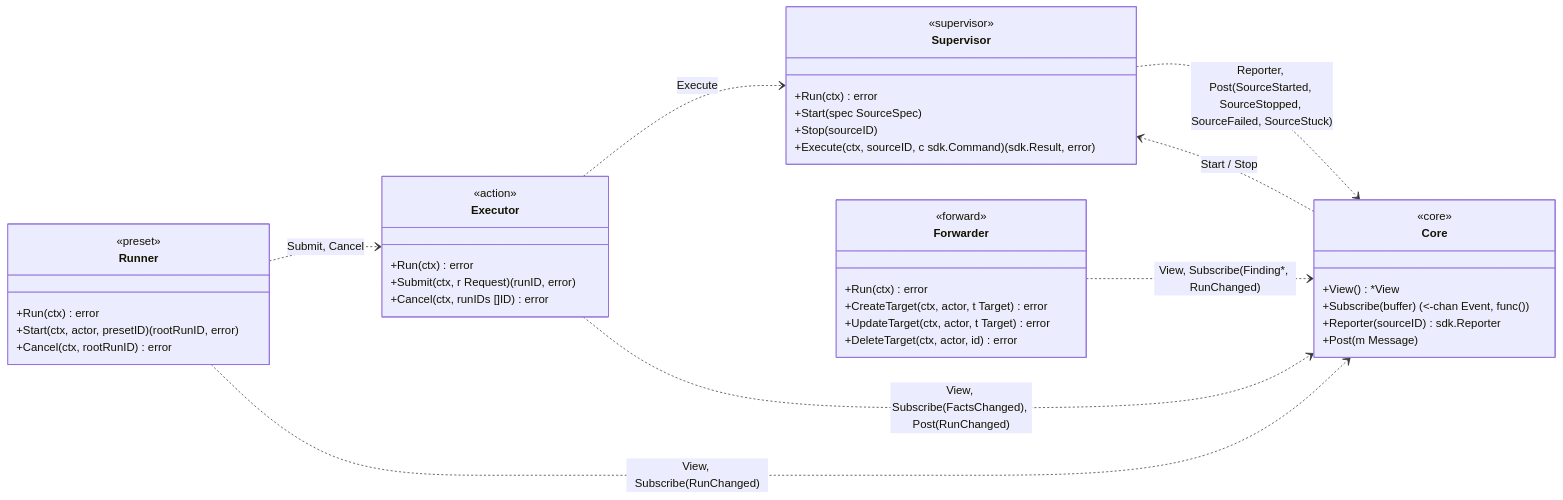
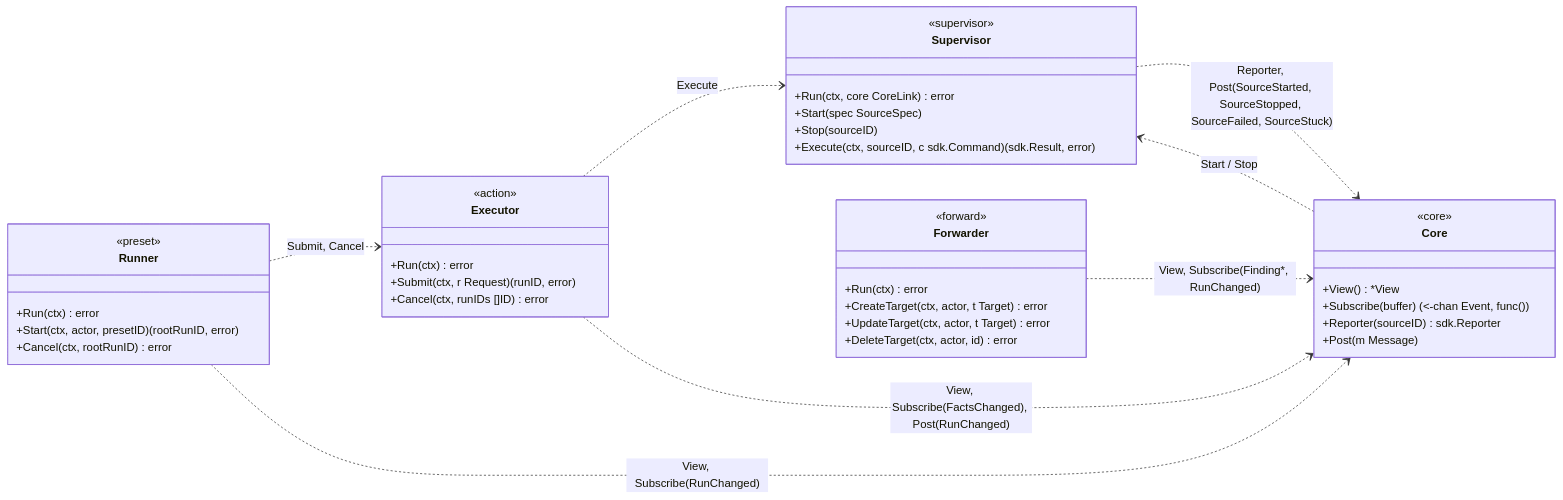
One commit to lukirs95/monika changed the first of 6 diagrams in docs/contracts/services.md. Above: the diagram before and after it, drawn with Mermaid. The commit also changed other lines of this file and 8 other files, not shown here.

````diff
--- a/docs/contracts/services.md
+++ b/docs/contracts/services.md
@@ -9,46 +9,46 @@
 ```mermaid
 classDiagram
     direction LR
 
     class Supervisor {
         <<supervisor>>
-        +Run(ctx) error
+        +Run(ctx, core CoreLink) error
         +Start(spec SourceSpec)
         +Stop(sourceID)
         +Execute(ctx, sourceID, c sdk.Command) (sdk.Result, error)
     }
     class Executor {
         <<action>>
         +Run(ctx) error
         +Submit(ctx, r Request) (runID, error)
         +Cancel(ctx, runIDs []ID) error
     }
     class Runner {
         <<preset>>
         +Run(ctx) error
         +Start(ctx, actor, presetID) (rootRunID, error)
         +Cancel(ctx, rootRunID) error
     }
     class Forwarder {
         <<forward>>
         +Run(ctx) error
         +CreateTarget(ctx, actor, t Target) error
         +UpdateTarget(ctx, actor, t Target) error
         +DeleteTarget(ctx, actor, id) error
     }
     class Core {
         <<core>>
         +View() *View
         +Subscribe(buffer) (<-chan Event, func())
         +Reporter(sourceID) sdk.Reporter
         +Post(m Message)
     }
 
     Supervisor ..> Core : Reporter, Post(SourceStarted, SourceStopped, SourceFailed, SourceStuck)
     Core ..> Supervisor : Start / Stop
     Executor ..> Supervisor : Execute
     Executor ..> Core : View, Subscribe(FactsChanged), Post(RunChanged)
     Runner ..> Executor : Submit, Cancel
     Runner ..> Core : View, Subscribe(RunChanged)
     Forwarder ..> Core : View, Subscribe(Finding*, RunChanged)
 ```
````
